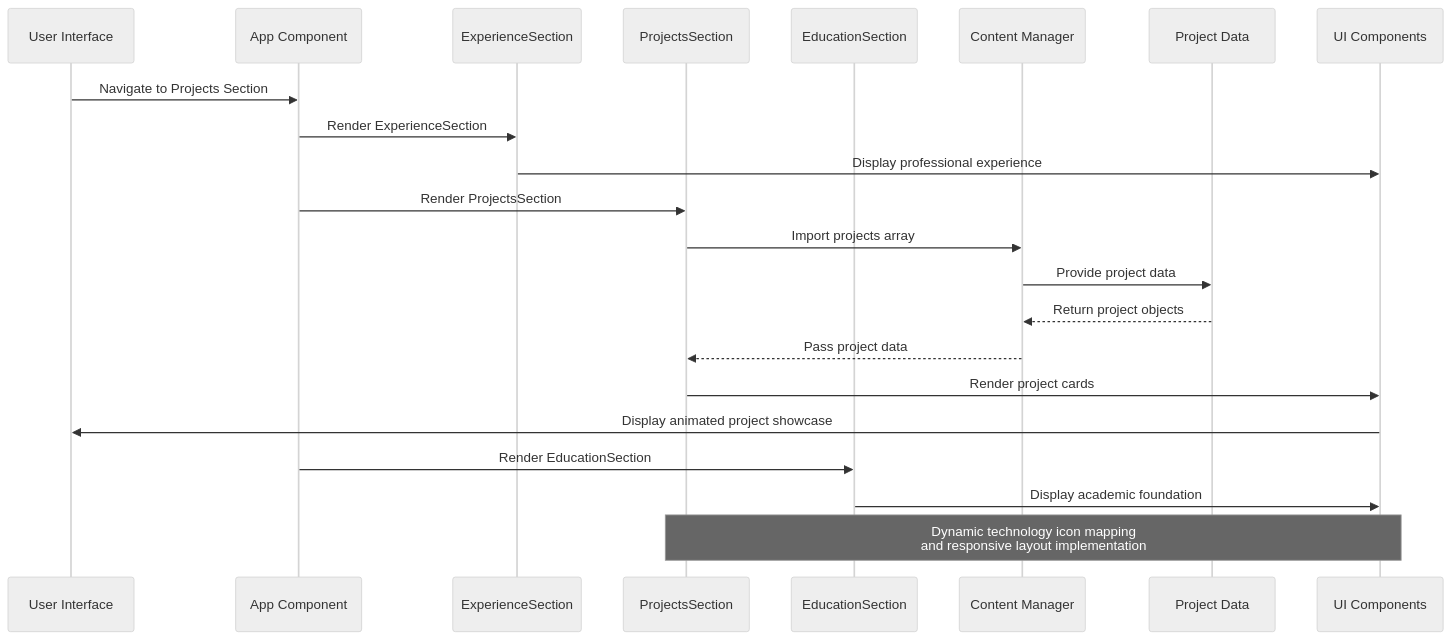
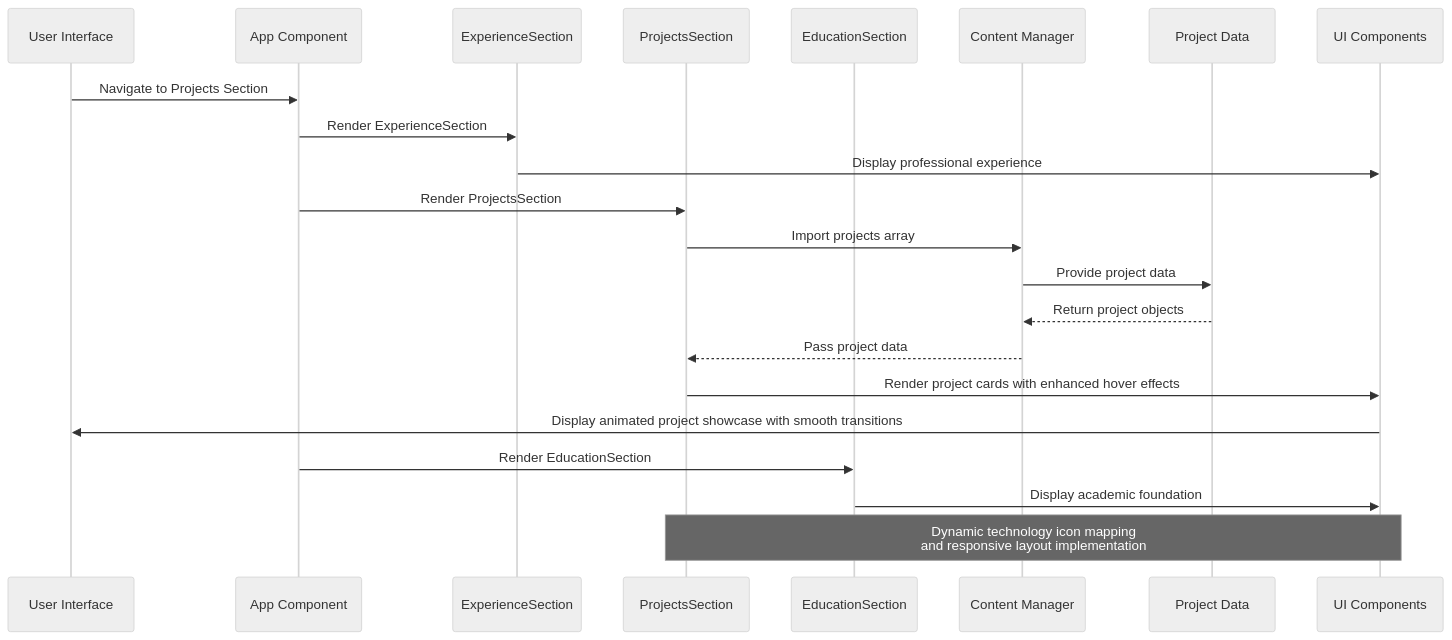
Before and after one commit to subash7781/Portfolio: the second of 9 diagrams in .qoder/repowiki/en/content/Component Library & UI Elements/ProjectsSection Component.md, drawn with Mermaid (neutral theme). The commit also changed other lines of this file and 3 other files, not shown here.

````diff
--- a/.qoder/repowiki/en/content/Component Library & UI Elements/ProjectsSection Component.md
+++ b/.qoder/repowiki/en/content/Component Library & UI Elements/ProjectsSection Component.md
@@ -123,24 +124,24 @@
 ```mermaid
 sequenceDiagram
 participant User as User Interface
 participant App as App Component
 participant Experience as ExperienceSection
 participant Projects as ProjectsSection
 participant Education as EducationSection
 participant Content as Content Manager
 participant Data as Project Data
 participant UI as UI Components
 User->>App : Navigate to Projects Section
 App->>Experience : Render ExperienceSection
 Experience->>UI : Display professional experience
 App->>Projects : Render ProjectsSection
 Projects->>Content : Import projects array
 Content->>Data : Provide project data
 Data-->>Content : Return project objects
 Content-->>Projects : Pass project data
-Projects->>UI : Render project cards
-UI->>User : Display animated project showcase
+Projects->>UI : Render project cards with enhanced hover effects
+UI->>User : Display animated project showcase with smooth transitions
 App->>Education : Render EducationSection
 Education->>UI : Display academic foundation
 Note over Projects,UI : Dynamic technology icon mapping<br/>and responsive layout implementation
 ```
````
